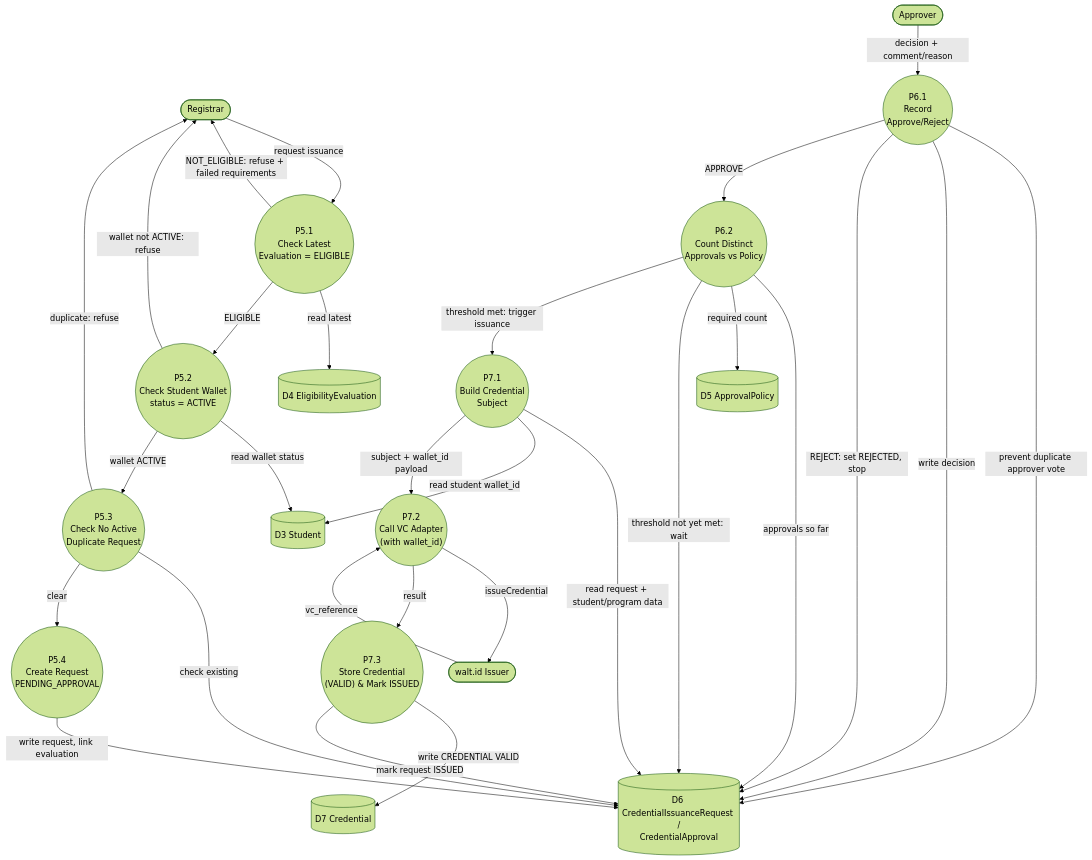
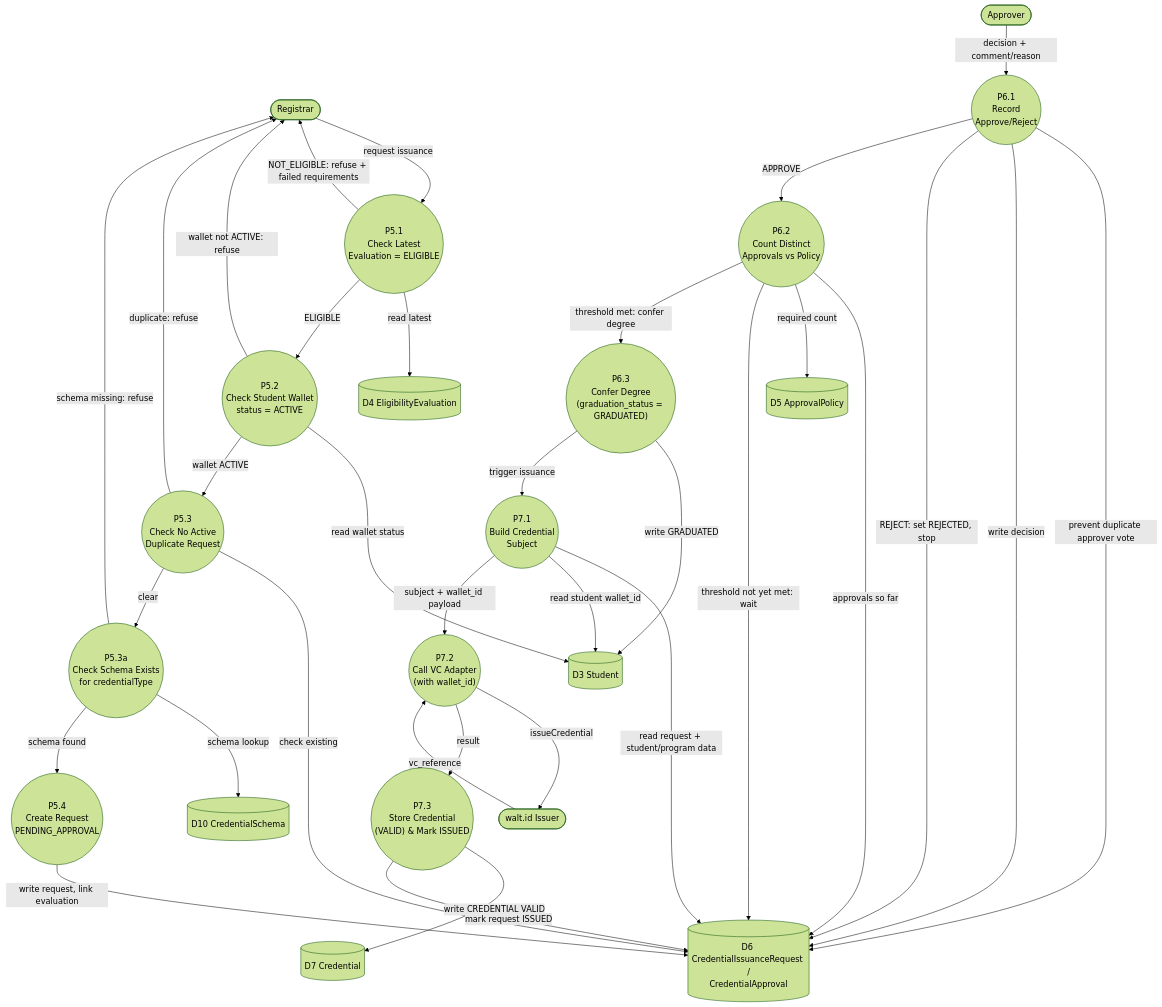
Before and after one commit to huypengin/UniDipVeri: the fifth of 6 diagrams in docs/02-analysis/DFD.md, drawn with Mermaid (forest theme). The commit also changed other lines of this file and 10 other files, not shown here.

First line of the commit message:
docs: formalize approval-gated degree conferral and credential issuance

````diff
--- a/docs/02-analysis/DFD.md
+++ b/docs/02-analysis/DFD.md
@@ -288,53 +290,61 @@
 ```mermaid
 flowchart TB
     Registrar(["Registrar"])
     Approver(["Approver"])
     Walt(["walt.id Issuer"])
 
     P5_1(("P5.1\nCheck Latest\nEvaluation = ELIGIBLE"))
     P5_2(("P5.2\nCheck Student Wallet\nstatus = ACTIVE"))
     P5_3(("P5.3\nCheck No Active\nDuplicate Request"))
+    P5_3a(("P5.3a\nCheck Schema Exists\nfor credentialType"))
     P5_4(("P5.4\nCreate Request\nPENDING_APPROVAL"))
     P6_1(("P6.1\nRecord\nApprove/Reject"))
     P6_2(("P6.2\nCount Distinct\nApprovals vs Policy"))
+    P6_3(("P6.3\nConfer Degree\n(graduation_status = GRADUATED)"))
     P7_1(("P7.1\nBuild Credential\nSubject"))
     P7_2(("P7.2\nCall VC Adapter\n(with wallet_id)"))
     P7_3(("P7.3\nStore Credential\n(VALID) & Mark ISSUED"))
 
     D3[(D3 Student)]
     D4[(D4 EligibilityEvaluation)]
     D5[(D5 ApprovalPolicy)]
     D6[(D6 CredentialIssuanceRequest /\nCredentialApproval)]
     D7[(D7 Credential)]
+    D10[(D10 CredentialSchema)]
 
     Registrar -->|request issuance| P5_1
     P5_1 -->|read latest| D4
     P5_1 -->|NOT_ELIGIBLE: refuse + failed requirements| Registrar
     P5_1 -->|ELIGIBLE| P5_2
     P5_2 -->|read wallet status| D3
     P5_2 -->|wallet not ACTIVE: refuse| Registrar
     P5_2 -->|wallet ACTIVE| P5_3
     P5_3 -->|check existing| D6
     P5_3 -->|duplicate: refuse| Registrar
-    P5_3 -->|clear| P5_4
+    P5_3 -->|clear| P5_3a
+    P5_3a -->|schema missing: refuse| Registrar
+    P5_3a -->|schema lookup| D10
+    P5_3a -->|schema found| P5_4
     P5_4 -->|write request, link evaluation| D6
 
     Approver -->|decision + comment/reason| P6_1
     P6_1 -->|prevent duplicate approver vote| D6
     P6_1 -->|write decision| D6
     P6_1 -->|REJECT: set REJECTED, stop| D6
     P6_1 -->|APPROVE| P6_2
     P6_2 -->|approvals so far| D6
     P6_2 -->|required count| D5
     P6_2 -->|"threshold not yet met: wait"| D6
-    P6_2 -->|"threshold met: trigger issuance"| P7_1
+    P6_2 -->|"threshold met: confer degree"| P6_3
+    P6_3 -->|write GRADUATED| D3
+    P6_3 -->|trigger issuance| P7_1
 
     P7_1 -->|read request + student/program data| D6
     P7_1 -->|read student wallet_id| D3
     P7_1 -->|subject + wallet_id payload| P7_2
     P7_2 -->|issueCredential| Walt
     Walt -->|vc_reference| P7_2
     P7_2 -->|result| P7_3
     P7_3 -->|write CREDENTIAL VALID| D7
     P7_3 -->|mark request ISSUED| D6
 ```
````
